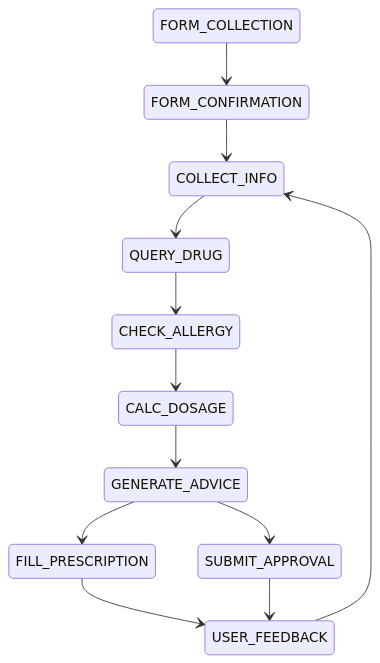
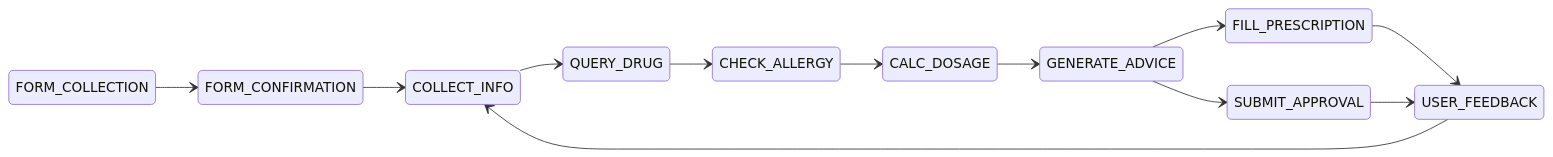
Before and after one commit to clouder1128/ROS2-based-Intelligent-Medicine-Pickup-System: the seventh of 19 diagrams in docs/设计报告.md, drawn with Mermaid. The commit also changed other lines of this file, not shown here.

Commit message:
Fix Mermaid diagram syntax and layout in 设计报告

````diff
--- a/docs/设计报告.md
+++ b/docs/设计报告.md
@@ -297,14 +299,15 @@
 ```mermaid
 stateDiagram-v2
+    direction LR
     FORM_COLLECTION --> FORM_CONFIRMATION
     FORM_CONFIRMATION --> COLLECT_INFO
     COLLECT_INFO --> QUERY_DRUG
     QUERY_DRUG --> CHECK_ALLERGY
     CHECK_ALLERGY --> CALC_DOSAGE
     CALC_DOSAGE --> GENERATE_ADVICE
     GENERATE_ADVICE --> SUBMIT_APPROVAL
     GENERATE_ADVICE --> FILL_PRESCRIPTION
     FILL_PRESCRIPTION --> USER_FEEDBACK
     SUBMIT_APPROVAL --> USER_FEEDBACK
     USER_FEEDBACK --> COLLECT_INFO
 ```
````
